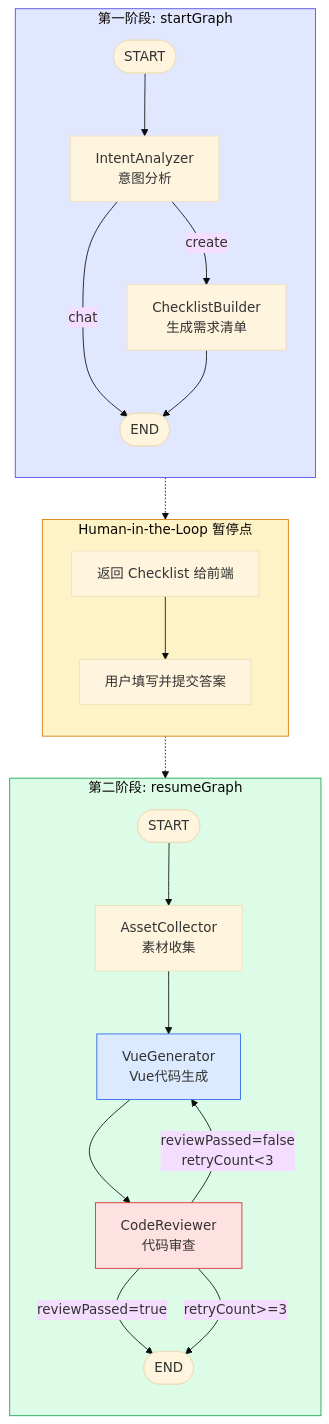
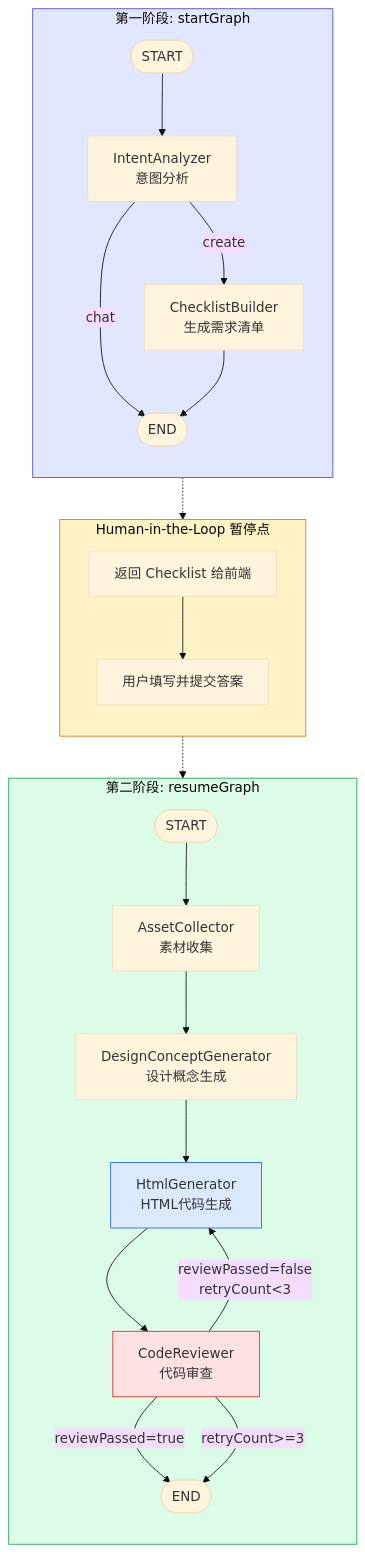
One commit to CyanYuKi/WebSiteFrontendCodeMother changed the sixth of 6 diagrams in .qoder/repowiki/zh/content/AI工作流系统/AI工作流系统.md. Above: the diagram before and after it, drawn with Mermaid (base theme). The commit also changed other lines of this file and 12 other files, not shown here.

````diff
--- a/.qoder/repowiki/zh/content/AI工作流系统/AI工作流系统.md
+++ b/.qoder/repowiki/zh/content/AI工作流系统/AI工作流系统.md
@@ -447,32 +494,33 @@
 ```mermaid
 graph TB
 subgraph START_PHASE["第一阶段: startGraph"]
 direction TB
 S1([START]) --> N1[IntentAnalyzer<br/>意图分析]
 N1 -- chat --> E1([END])
 N1 -- create --> N2[ChecklistBuilder<br/>生成需求清单]
 N2 --> E1
 end
 subgraph HUMAN_PAUSE["Human-in-the-Loop 暂停点"]
 direction TB
 H1["返回 Checklist 给前端"]
 H2["用户填写并提交答案"]
 H1 --> H2
 end
 subgraph RESUME_PHASE["第二阶段: resumeGraph"]
 direction TB
 S2([START]) --> N3[AssetCollector<br/>素材收集]
-N3 --> N4[VueGenerator<br/>Vue代码生成]
-N4 --> N5[CodeReviewer<br/>代码审查]
-N5 -- reviewPassed=true --> E2([END])
-N5 -- reviewPassed=false<br/>retryCount<3 --> N4
-N5 -- retryCount>=3 --> E2
+N3 --> N4[DesignConceptGenerator<br/>设计概念生成]
+N4 --> N5[HtmlGenerator<br/>HTML代码生成]
+N5 --> N6[CodeReviewer<br/>代码审查]
+N6 -- reviewPassed=true --> E2([END])
+N6 -- reviewPassed=false<br/>retryCount<3 --> N5
+N6 -- retryCount>=3 --> E2
 end
 E1 -.-> H1
 H2 -.-> S2
 style START_PHASE fill:#e0e7ff,stroke:#4f46e5
 style RESUME_PHASE fill:#dcfce7,stroke:#16a34a
 style HUMAN_PAUSE fill:#fef3c7,stroke:#d97706
-style N4 fill:#dbeafe,stroke:#2563eb
-style N5 fill:#fee2e2,stroke:#dc2626
+style N5 fill:#dbeafe,stroke:#2563eb
+style N6 fill:#fee2e2,stroke:#dc2626
 ```
````
